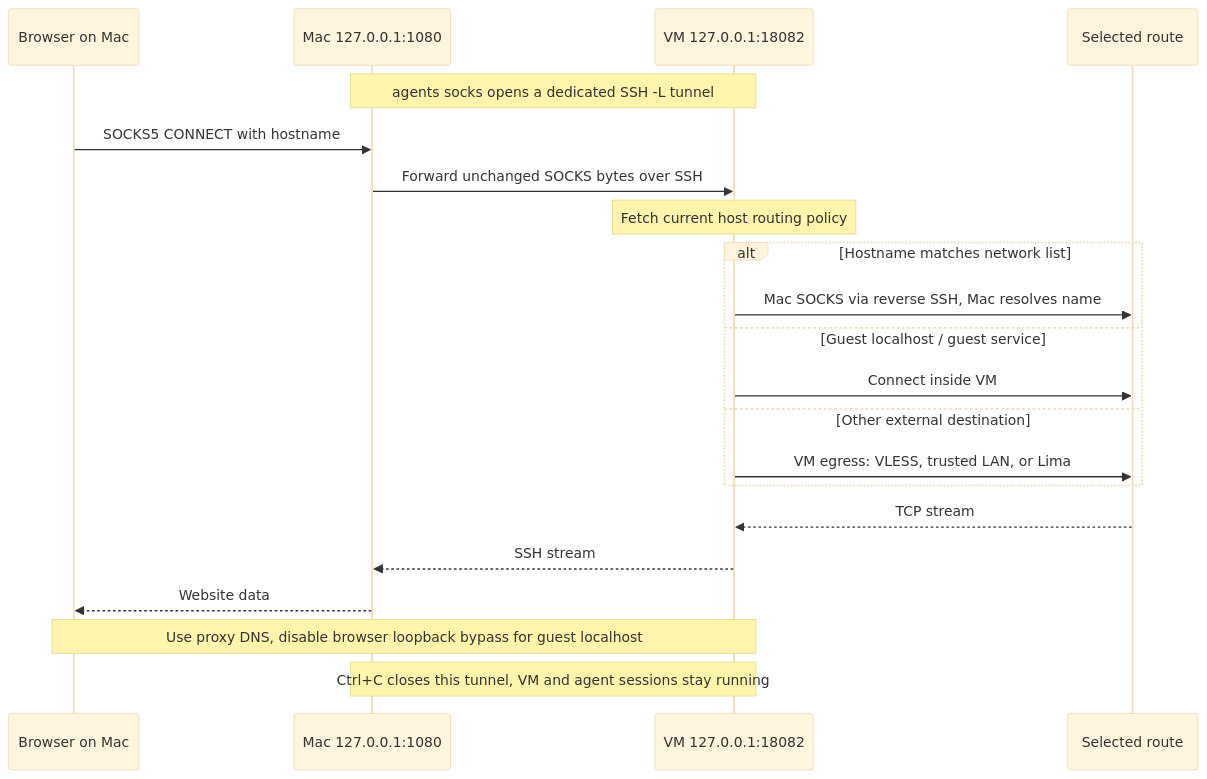
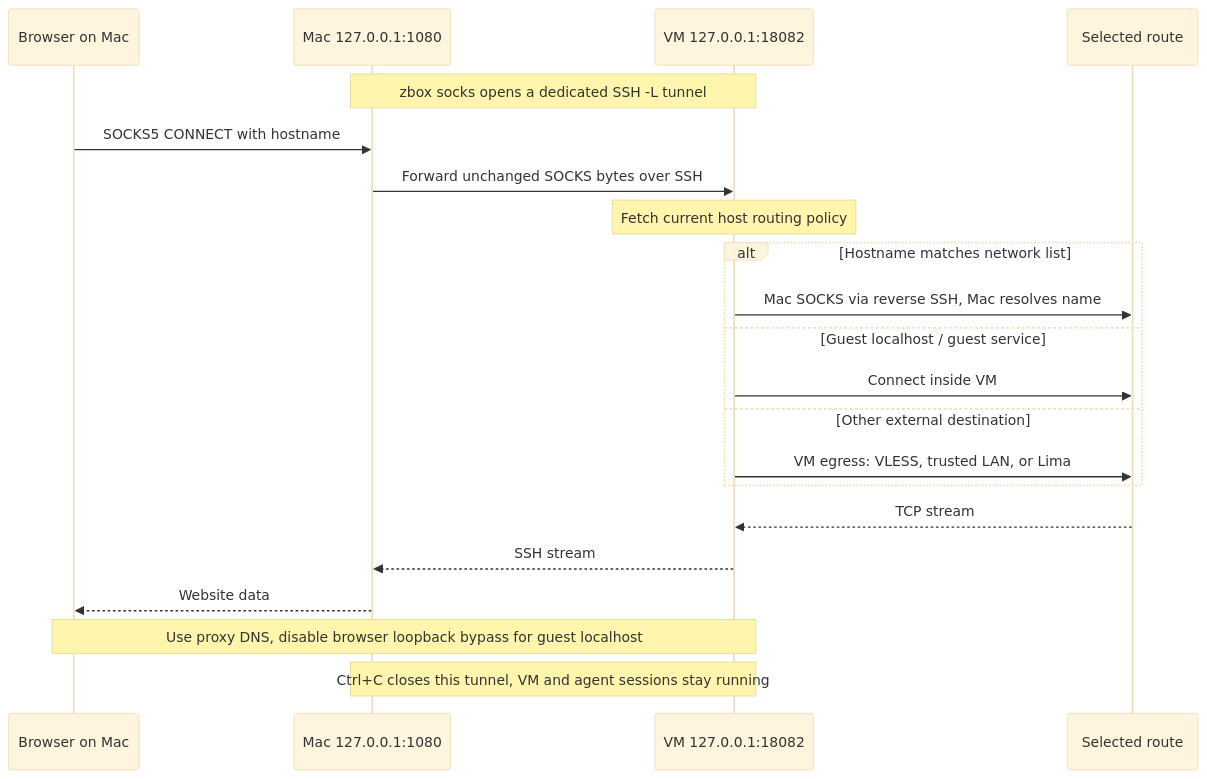
One commit to capitanbanana/zbox changed the diagram in docs/diagrams/browser.mmd. Above: the diagram before and after it, drawn with Mermaid (base theme). The commit also changed 33 other files, not shown here.

```diff
--- a/docs/diagrams/browser.mmd
+++ b/docs/diagrams/browser.mmd
@@ -1,23 +1,23 @@
 sequenceDiagram
   accTitle: Browser access through the VM
   accDescr: A dedicated SSH local forward sends browser SOCKS requests into the existing guest proxy.
   participant B as Browser on Mac
   participant L as Mac 127.0.0.1:1080
   participant G as VM 127.0.0.1:18082
   participant R as Selected route
-  Note over L,G: agents socks opens a dedicated SSH -L tunnel
+  Note over L,G: zbox socks opens a dedicated SSH -L tunnel
   B->>L: SOCKS5 CONNECT with hostname
   L->>G: Forward unchanged SOCKS bytes over SSH
   Note over G: Fetch current host routing policy
   alt Hostname matches network list
     G->>R: Mac SOCKS via reverse SSH, Mac resolves name
   else Guest localhost / guest service
     G->>R: Connect inside VM
   else Other external destination
     G->>R: VM egress: VLESS, trusted LAN, or Lima
   end
   R-->>G: TCP stream
   G-->>L: SSH stream
   L-->>B: Website data
   Note over B,G: Use proxy DNS, disable browser loopback bypass for guest localhost
   Note over L,G: Ctrl+C closes this tunnel, VM and agent sessions stay running
```
